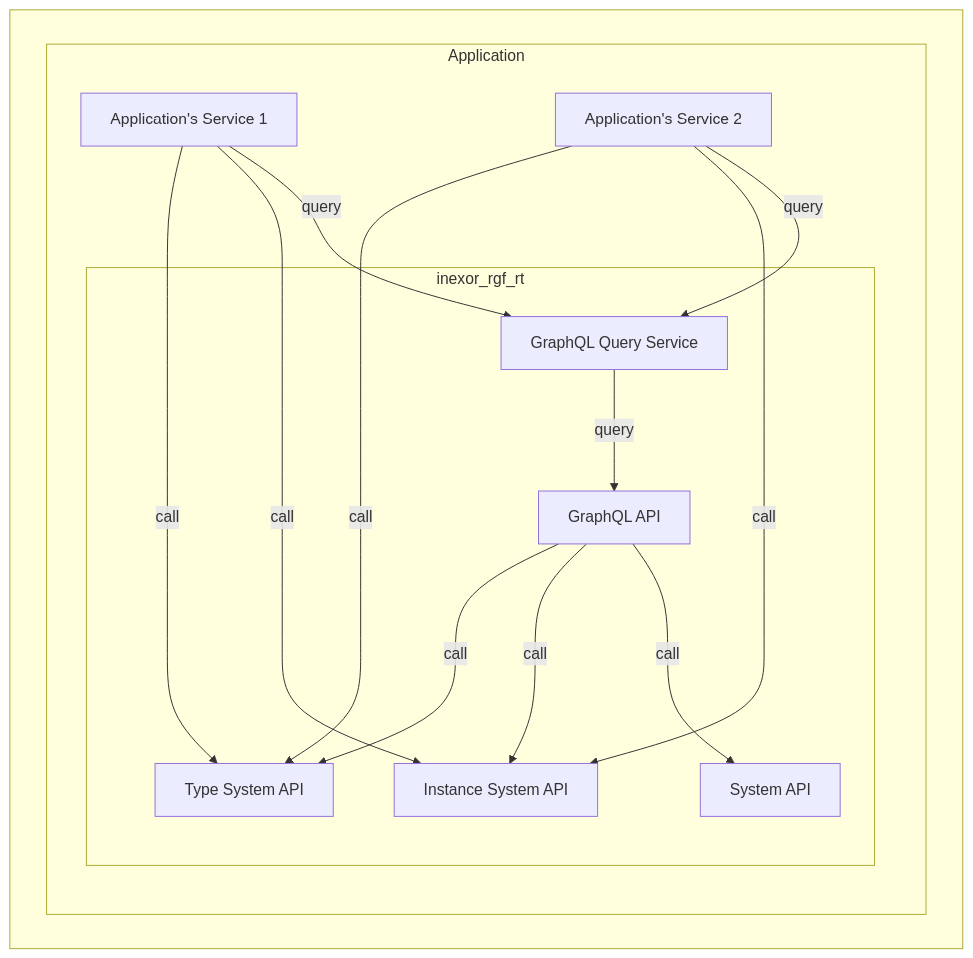
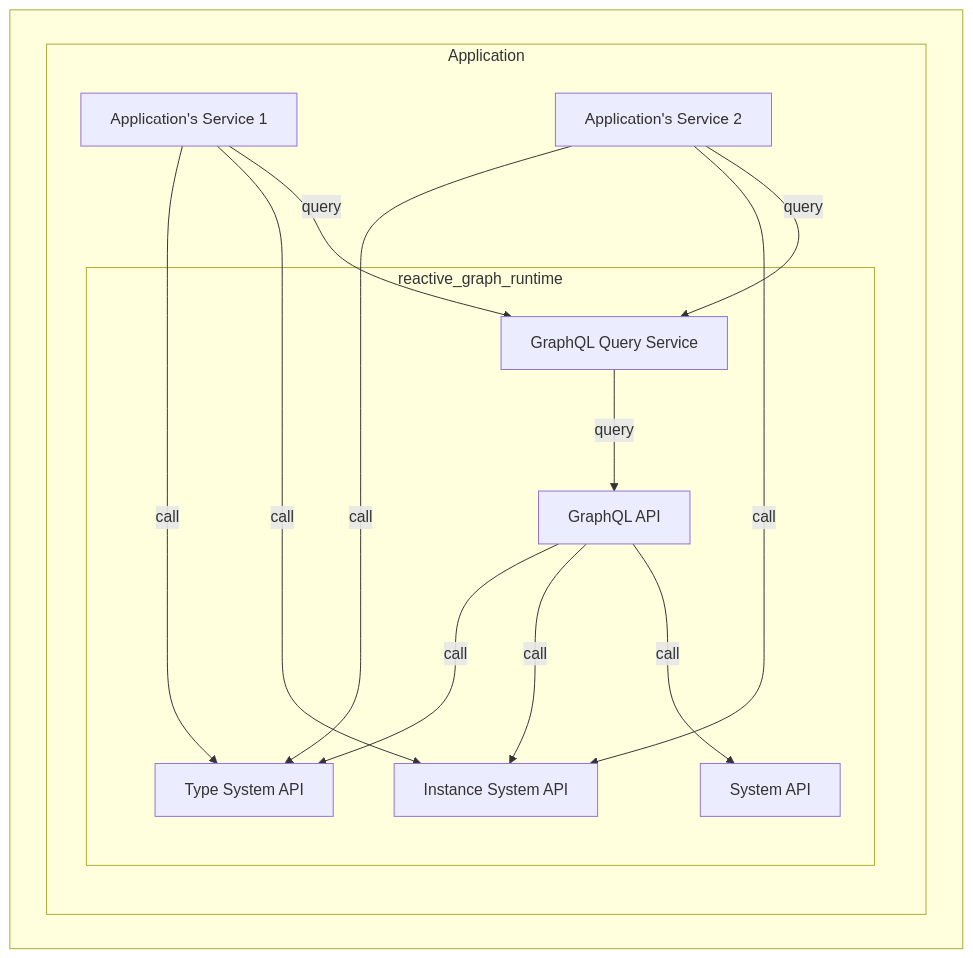
Before and after one commit to reactive-graph/reactive-graph: the second of 5 diagrams in book/src/System_Architecture.md, drawn with Mermaid. The commit also changed other lines of this file, not shown here.

````diff
--- a/book/src/System_Architecture.md
+++ b/book/src/System_Architecture.md
@@ -126,33 +126,33 @@
 ```mermaid
 graph TD
 subgraph Embedded Runtime[ ]
 
   subgraph Application
     direction TB
   
     SRV1[Application's Service 1]
     SRV2[Application's Service 2]
   
-    subgraph "inexor_rgf_rt"
+    subgraph "reactive_graph_runtime"
       GQS[GraphQL Query Service]
       GA[GraphQL API]
       TSA[Type System API]
       ISA[Instance System API]
       SYSA[System API]
     end
   end
 
   GQS -->|query| GA
   GA --->|call| TSA
   GA --->|call| ISA
   GA --->|call| SYSA
 
   SRV1 -->|call| TSA
   SRV1 -->|call| ISA
   SRV1 -->|query| GQS
   SRV2 -->|call| TSA
   SRV2 -->|call| ISA
   SRV2 -->|query| GQS
 
 end
 ```
````
